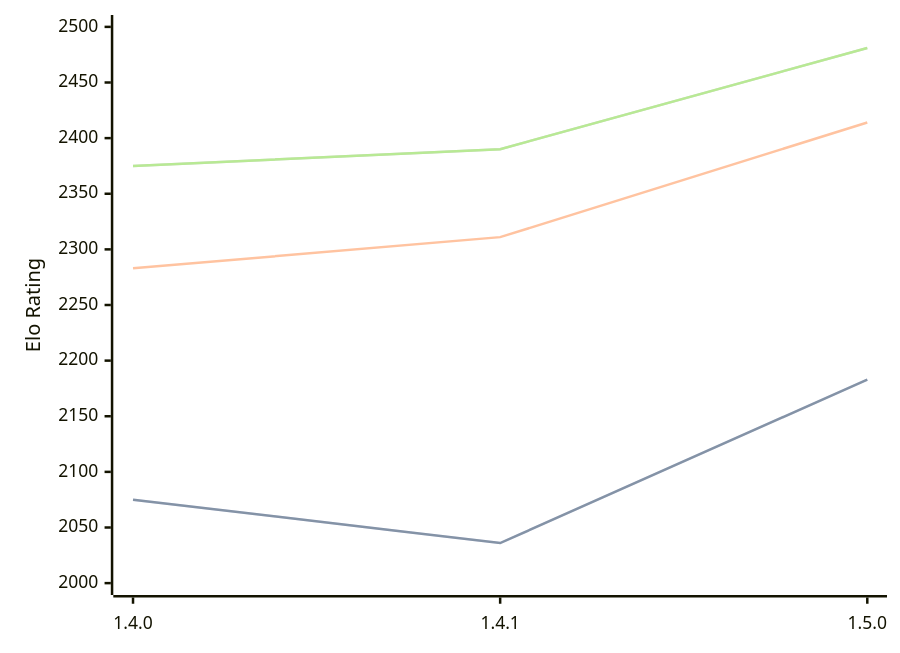
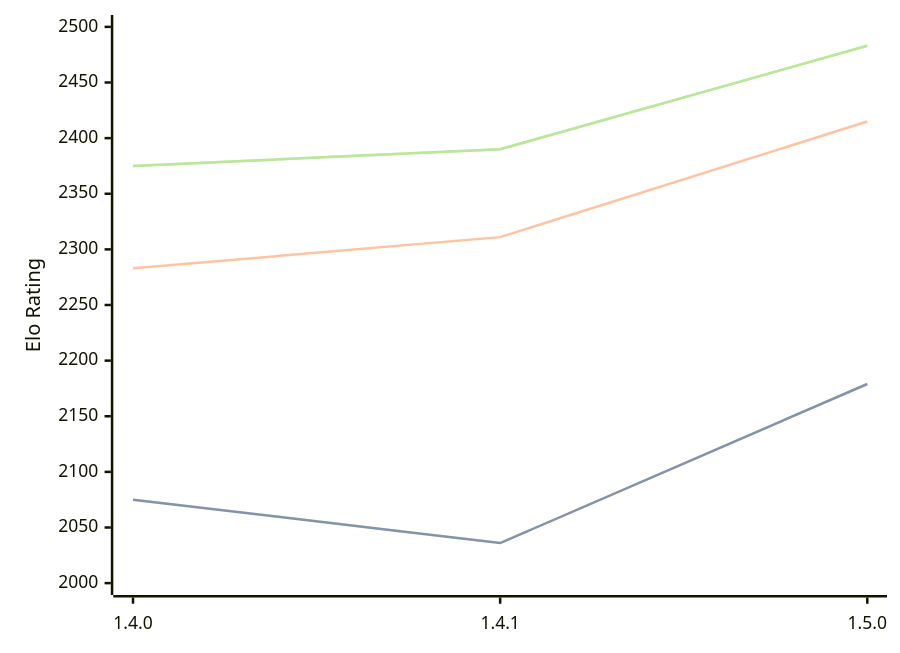
The diagram in engines/Tofiks.md (computer-chess-index/cci), drawn with Mermaid before and after one commit. The commit also changed other lines of this file, not shown here.

Commit message:
Update CCI Ratings (ELO VLTC) - 2026-06-09

````diff
--- a/engines/Tofiks.md
+++ b/engines/Tofiks.md
@@ -37,11 +37,11 @@
 ```mermaid
 %%{init: {"theme":"base","themeVariables":{"seriesColors:['#a3a3a3','#222221','#faa371']}}}%%
 xychart-beta
   x-axis ["1.4.0", "1.4.1", "1.5.0"]
   y-axis "Elo Rating" 2000 --> 2500
-  line "STC (8.0+0.08s)" [2075, 2036, 2183]
-  line "STC (8.0+0.08s)" [2075, 2036, 2183]
-  line "LTC (60.0+0.60s)" [2283, 2311, 2414]
-  line "VLTC (2m24s+1.12s)" [2375, 2390, 2481]
-  line "VLTC (2m24s+1.12s)" [2375, 2390, 2481]
+  line "STC (8.0+0.08s)" [2075, 2036, 2179]
+  line "STC (8.0+0.08s)" [2075, 2036, 2179]
+  line "LTC (60.0+0.60s)" [2283, 2311, 2415]
+  line "VLTC (2m24s+1.12s)" [2375, 2390, 2483]
+  line "VLTC (2m24s+1.12s)" [2375, 2390, 2483]
 ```
````
